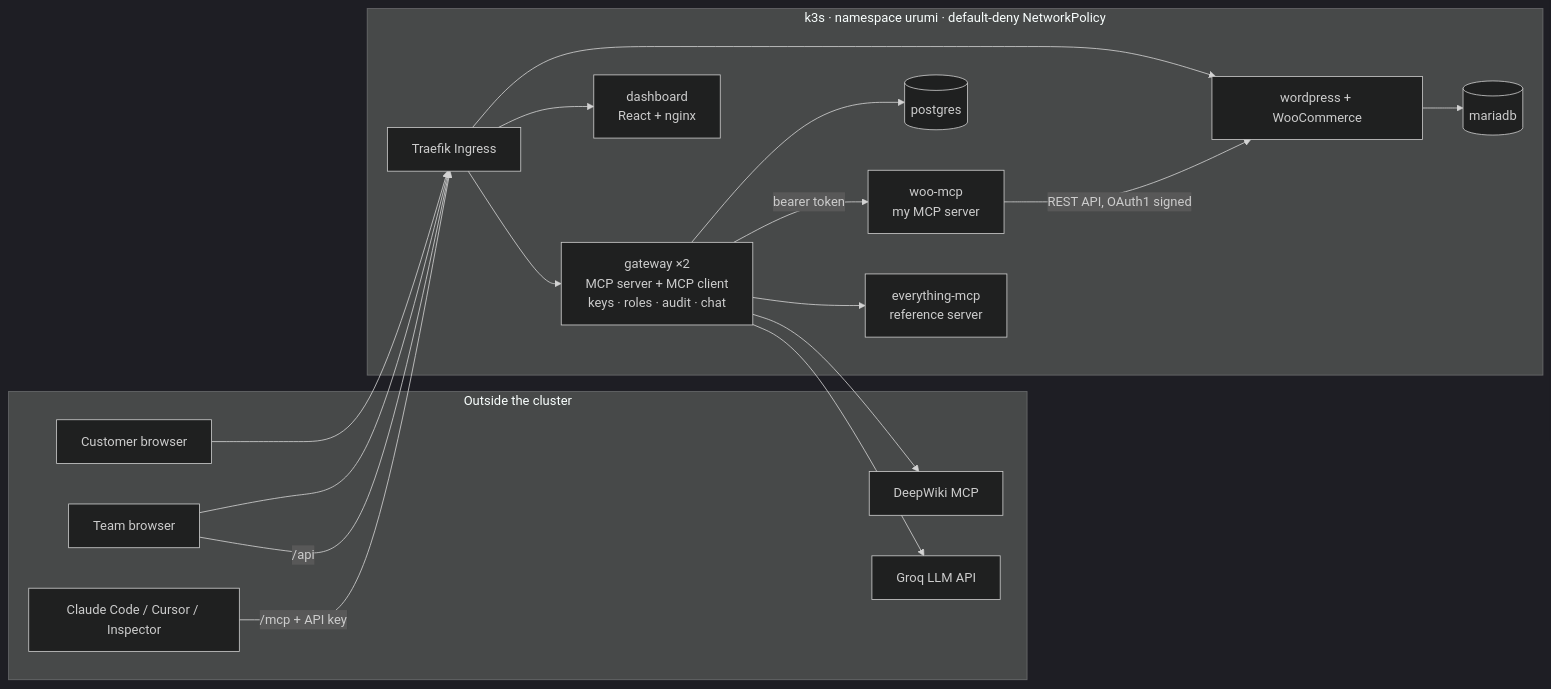
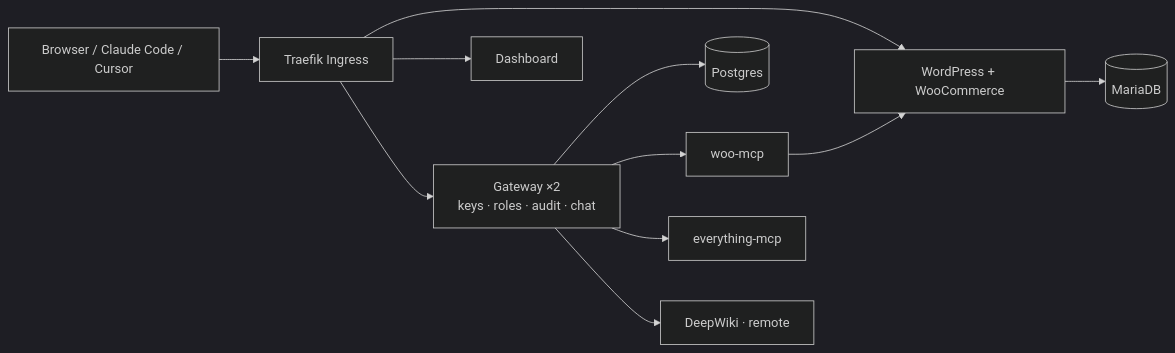
Before and after one commit to parthdagia05/mcpGateway: the diagram in README.md, drawn with Mermaid (dark theme). The commit also changed other lines of this file, not shown here.

````diff
--- a/README.md
+++ b/README.md
@@ -7,29 +5,11 @@
 ```mermaid
 flowchart LR
-  subgraph outside[Outside the cluster]
-    C[Customer browser]
-    T[Team browser]
-    M[Claude Code / Cursor / Inspector]
-    DW[DeepWiki MCP]
-    LLM[Groq LLM API]
-  end
-  subgraph k8s[k3s · namespace urumi · default-deny NetworkPolicy]
-    TR[Traefik Ingress]
-    D[dashboard<br/>React + nginx]
-    G[gateway ×2<br/>MCP server + MCP client<br/>keys · roles · audit · chat]
-    PG[(postgres)]
-    W[woo-mcp<br/>my MCP server]
-    E[everything-mcp<br/>reference server]
-    WP[wordpress + WooCommerce]
-    DB[(mariadb)]
-  end
-  C --> TR --> WP
-  T --> TR --> D
-  T -- /api --> TR --> G
-  M -- /mcp + API key --> TR
-  G --> PG
-  G -- bearer token --> W -- REST API, OAuth1 signed --> WP --> DB
-  G --> E
-  G --> DW
-  G --> LLM
+  U[Browser / Claude Code / Cursor] --> T[Traefik Ingress]
+  T --> WP[WordPress + WooCommerce] --> DB[(MariaDB)]
+  T --> D[Dashboard]
+  T --> G[Gateway ×2<br/>keys · roles · audit · chat]
+  G --> PG[(Postgres)]
+  G --> W[woo-mcp] --> WP
+  G --> E[everything-mcp]
+  G --> DW[DeepWiki · remote]
 ```
````
